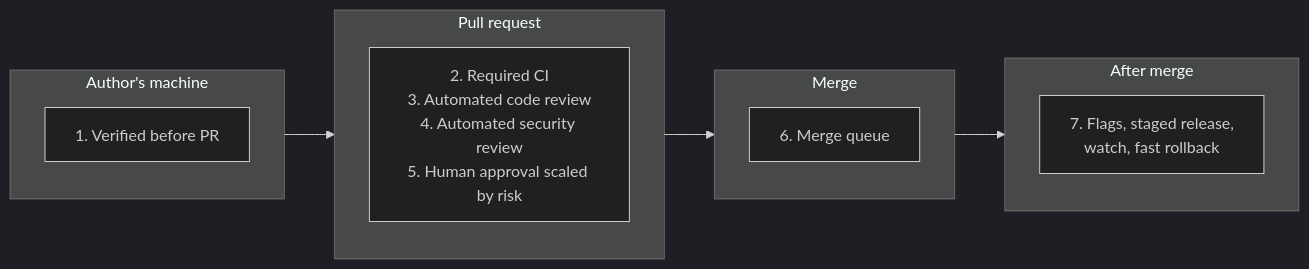
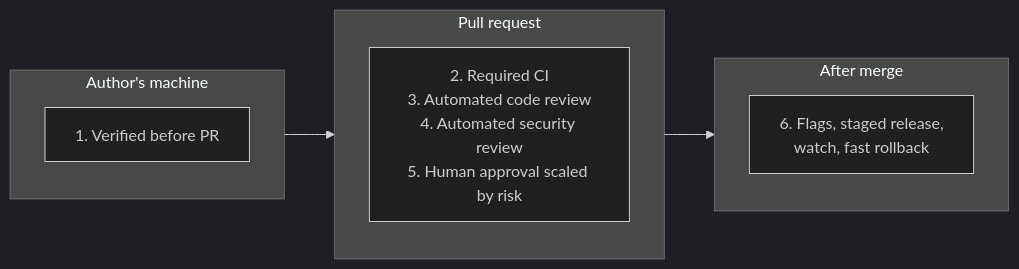
Before and after one commit to artsiom-bukhautsou/review-process: the first of 3 diagrams in 00-plan.md, drawn with Mermaid (dark theme). The commit also changed other lines of this file and 8 other files, not shown here.

````diff
--- a/00-plan.md
+++ b/00-plan.md
@@ -106,16 +70,13 @@
 ```mermaid
 flowchart LR
     subgraph author["Author's machine"]
         L1["1. Verified before PR"]
     end
     subgraph pr["Pull request"]
         L2["2. Required CI<br/>3. Automated code review<br/>4. Automated security review<br/>5. Human approval scaled by risk"]
     end
-    subgraph merge["Merge"]
-        L6["6. Merge queue"]
+    subgraph after["After merge"]
+        L6["6. Flags, staged release,<br/>watch, fast rollback"]
     end
-    subgraph after["After merge"]
-        L7["7. Flags, staged release,<br/>watch, fast rollback"]
-    end
-    author --> pr --> merge --> after
+    author --> pr --> after
 ```
````
